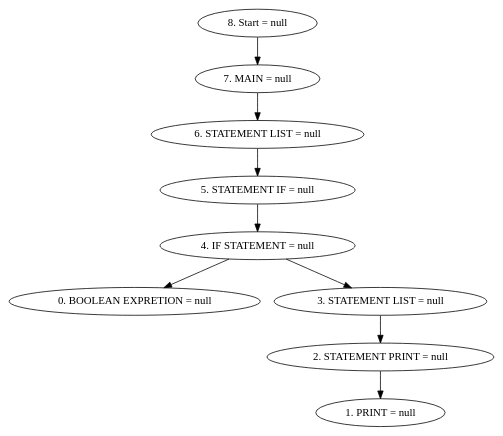
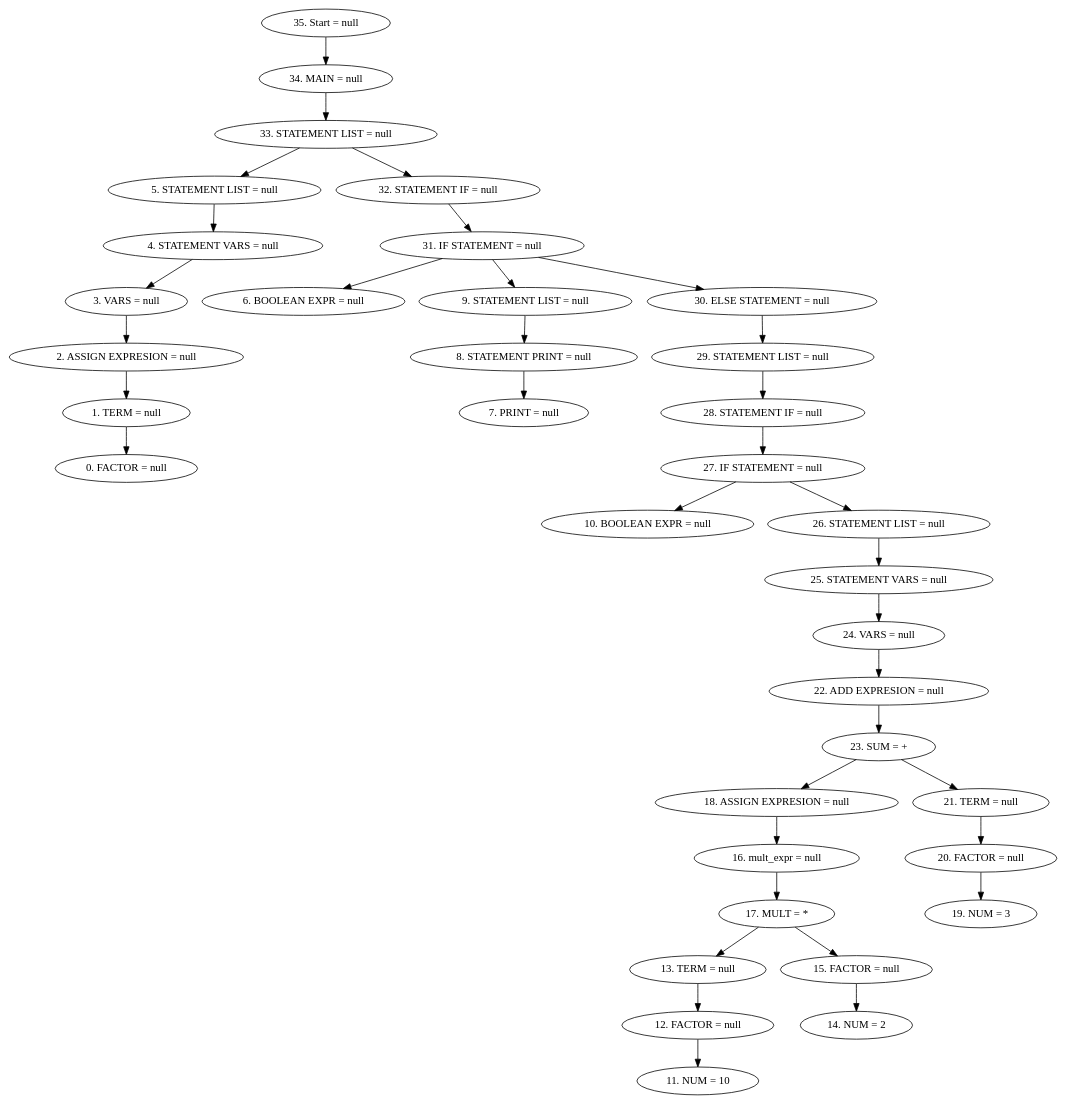
The diagram in Proyecto_Compiladores/ASTfile.dot (Andrew22674/compiladoresI), drawn with Graphviz before and after one commit. The commit also changed 22 other files, not shown here.

```diff
--- a/Proyecto_Compiladores/ASTfile.dot
+++ b/Proyecto_Compiladores/ASTfile.dot
@@ -1,12 +1,39 @@
 digraph G {
-"8. Start = null"->"7. MAIN = null"
-"7. MAIN = null"->"6. STATEMENT LIST = null"
-"6. STATEMENT LIST = null"->"5. STATEMENT IF = null"
-"5. STATEMENT IF = null"->"4. IF STATEMENT = null"
-"4. IF STATEMENT = null"->"0. BOOLEAN EXPRETION = null"
-"4. IF STATEMENT = null"->"3. STATEMENT LIST = null"
-"3. STATEMENT LIST = null"->"2. STATEMENT PRINT = null"
-"2. STATEMENT PRINT = null"->"1. PRINT = null"
+"35. Start = null"->"34. MAIN = null"
+"34. MAIN = null"->"33. STATEMENT LIST = null"
+"33. STATEMENT LIST = null"->"5. STATEMENT LIST = null"
+"5. STATEMENT LIST = null"->"4. STATEMENT VARS = null"
+"4. STATEMENT VARS = null"->"3. VARS = null"
+"3. VARS = null"->"2. ASSIGN EXPRESION = null"
+"2. ASSIGN EXPRESION = null"->"1. TERM = null"
+"1. TERM = null"->"0. FACTOR = null"
+"33. STATEMENT LIST = null"->"32. STATEMENT IF = null"
+"32. STATEMENT IF = null"->"31. IF STATEMENT = null"
+"31. IF STATEMENT = null"->"6. BOOLEAN EXPR = null"
+"31. IF STATEMENT = null"->"9. STATEMENT LIST = null"
+"9. STATEMENT LIST = null"->"8. STATEMENT PRINT = null"
+"8. STATEMENT PRINT = null"->"7. PRINT = null"
+"31. IF STATEMENT = null"->"30. ELSE STATEMENT = null"
+"30. ELSE STATEMENT = null"->"29. STATEMENT LIST = null"
+"29. STATEMENT LIST = null"->"28. STATEMENT IF = null"
+"28. STATEMENT IF = null"->"27. IF STATEMENT = null"
+"27. IF STATEMENT = null"->"10. BOOLEAN EXPR = null"
+"27. IF STATEMENT = null"->"26. STATEMENT LIST = null"
+"26. STATEMENT LIST = null"->"25. STATEMENT VARS = null"
+"25. STATEMENT VARS = null"->"24. VARS = null"
+"24. VARS = null"->"22. ADD EXPRESION = null"
+"22. ADD EXPRESION = null"->"23. SUM = +"
+"23. SUM = +"->"18. ASSIGN EXPRESION = null"
+"18. ASSIGN EXPRESION = null"->"16. mult_expr = null"
+"16. mult_expr = null"->"17. MULT = *"
+"17. MULT = *"->"13. TERM = null"
+"13. TERM = null"->"12. FACTOR = null"
+"12. FACTOR = null"->"11. NUM = 10"
+"17. MULT = *"->"15. FACTOR = null"
+"15. FACTOR = null"->"14. NUM = 2"
+"23. SUM = +"->"21. TERM = null"
+"21. TERM = null"->"20. FACTOR = null"
+"20. FACTOR = null"->"19. NUM = 3"
 
 
 }
```
